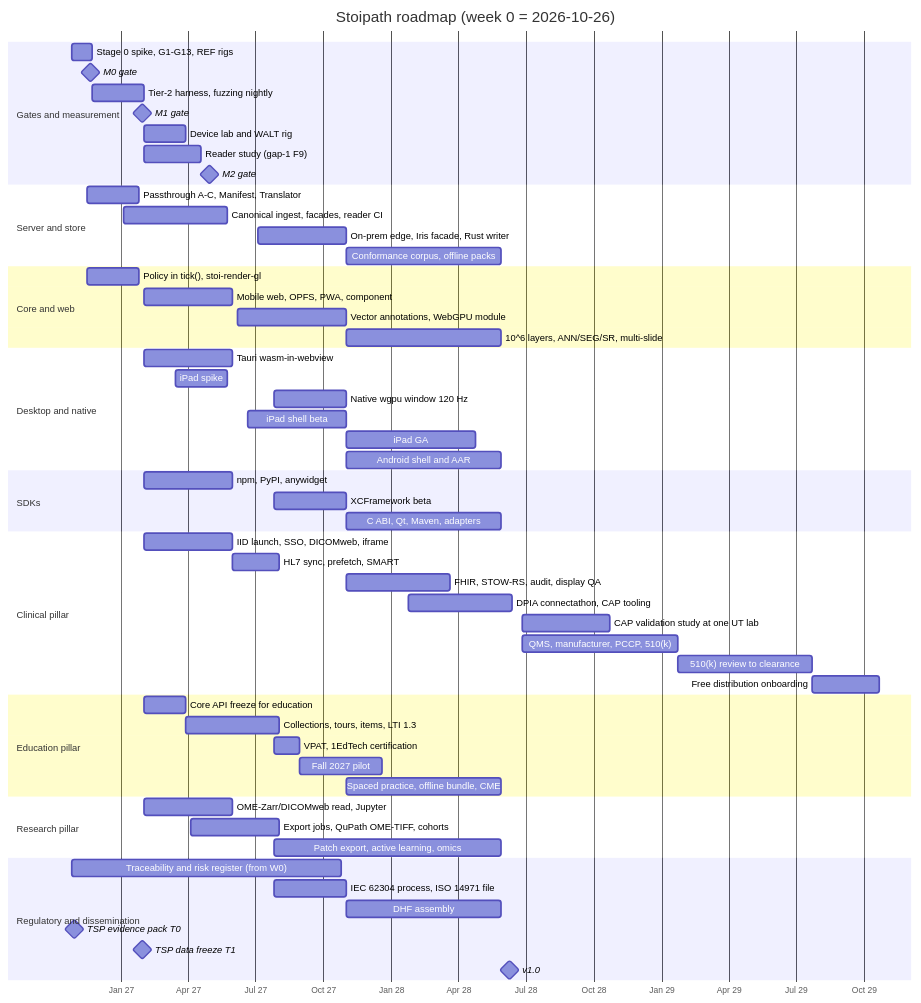
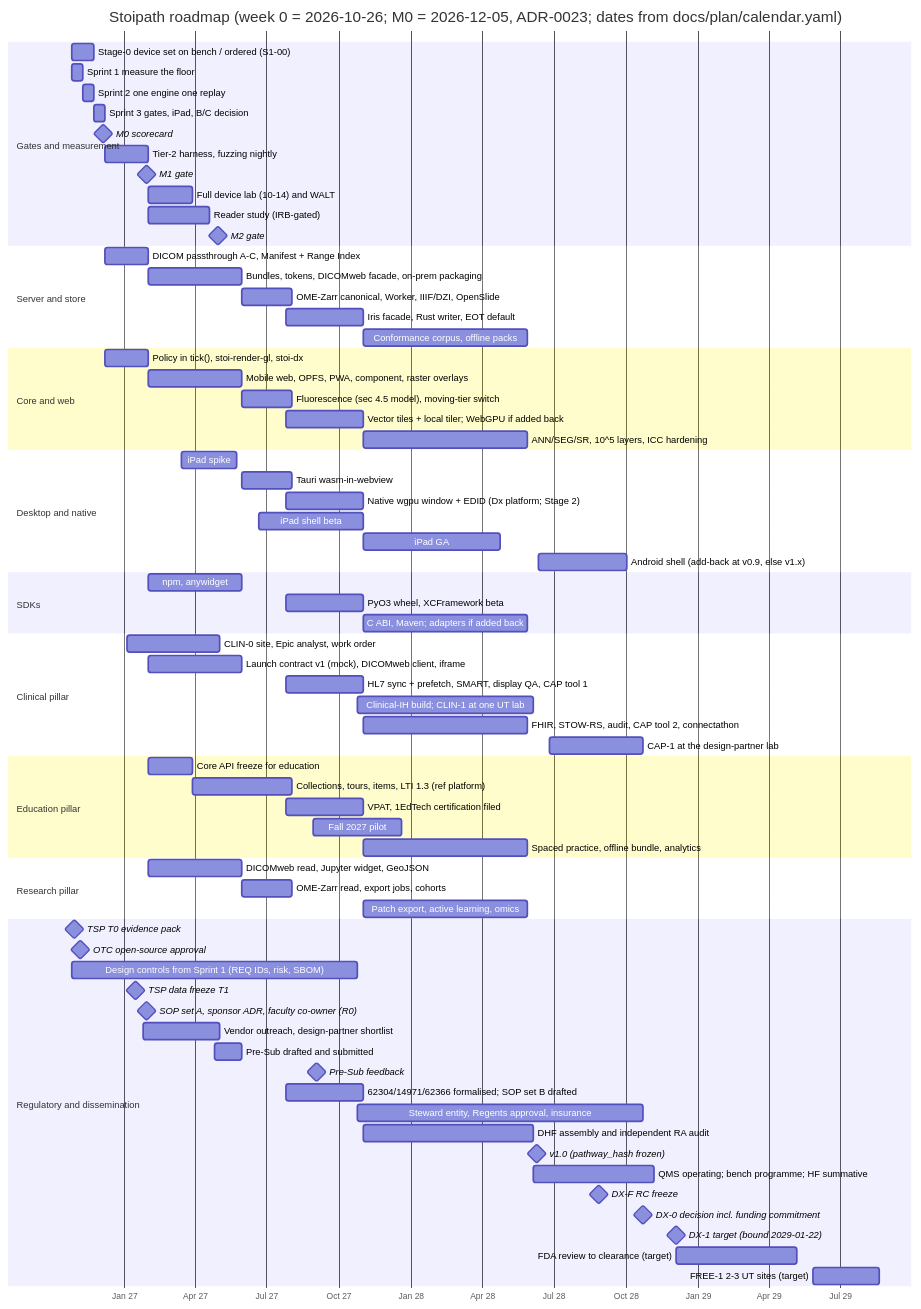
The first of 2 diagrams in wsi-viewer/docs/plan/07-roadmap-milestones.md (RPBatman/Stoipath), drawn with Mermaid before and after one commit. The commit also changed other lines of this file and 5 other files, not shown here.

````diff
--- a/wsi-viewer/docs/plan/07-roadmap-milestones.md
+++ b/wsi-viewer/docs/plan/07-roadmap-milestones.md
@@ -98,61 +133,76 @@
 ```mermaid
 gantt
-  title Stoipath roadmap (week 0 = 2026-10-26)
+  title Stoipath roadmap (week 0 = 2026-10-26; M0 = 2026-12-05, ADR-0023; dates from docs/plan/calendar.yaml)
   dateFormat YYYY-MM-DD
   axisFormat %b %y
   section Gates and measurement
-  Stage 0 spike, G1-G13, REF rigs        :s0, 2026-10-26, 4w
-  M0 gate                                 :milestone, m0, 2026-11-20, 0d
-  Tier-2 harness, fuzzing nightly         :t2, 2026-11-23, 10w
-  M1 gate                                 :milestone, m1, 2027-01-29, 0d
-  Device lab and WALT rig                 :lab, 2027-02-01, 8w
-  Reader study (gap-1 F9)                 :rs, 2027-02-01, 11w
-  M2 gate                                 :milestone, m2, 2027-04-30, 0d
+  Stage-0 device set on bench / ordered (S1-00)      :s00, 2026-10-26, 4w
+  Sprint 1 measure the floor                         :s1, 2026-10-26, 2w
+  Sprint 2 one engine one replay                     :s2, 2026-11-09, 2w
+  Sprint 3 gates, iPad, B/C decision                 :s3, 2026-11-23, 2w
+  M0 scorecard                                       :milestone, m0, 2026-12-05, 0d
+  Tier-2 harness, fuzzing nightly                    :t2, 2026-12-07, 8w
+  M1 gate                                            :milestone, m1, 2027-01-29, 0d
+  Full device lab (10-14) and WALT                   :lab, 2027-02-01, 8w
+  Reader study (IRB-gated)                           :rs, 2027-02-01, 11w
+  M2 gate                                            :milestone, m2, 2027-04-30, 0d
   section Server and store
-  Passthrough A-C, Manifest, Translator   :srv1, 2026-11-16, 10w
-  Canonical ingest, facades, reader CI    :srv2, 2027-01-04, 20w
-  On-prem edge, Iris facade, Rust writer  :srv3, 2027-07-05, 17w
-  Conformance corpus, offline packs       :srv4, 2027-11-01, 30w
+  DICOM passthrough A-C, Manifest + Range Index      :srv1, 2026-12-07, 8w
+  Bundles, tokens, DICOMweb facade, on-prem packaging:srv2, 2027-02-01, 17w
+  OME-Zarr canonical, Worker, IIIF/DZI, OpenSlide    :srv3, 2027-05-31, 9w
+  Iris facade, Rust writer, EOT default              :srv4, 2027-07-26, 14w
+  Conformance corpus, offline packs                  :srv5, 2027-11-01, 30w
   section Core and web
-  Policy in tick(), stoi-render-gl        :core1, 2026-11-16, 10w
-  Mobile web, OPFS, PWA, component        :core2, 2027-02-01, 17w
-  Vector annotations, WebGPU module       :core3, 2027-06-07, 21w
-  10^6 layers, ANN/SEG/SR, multi-slide    :core4, 2027-11-01, 30w
+  Policy in tick(), stoi-render-gl, stoi-dx          :core1, 2026-12-07, 8w
+  Mobile web, OPFS, PWA, component, raster overlays  :core2, 2027-02-01, 17w
+  Fluorescence (sec 4.5 model), moving-tier switch   :core3, 2027-05-31, 9w
+  Vector tiles + local tiler; WebGPU if added back   :core4, 2027-07-26, 14w
+  ANN/SEG/SR, 10^5 layers, ICC hardening             :core5, 2027-11-01, 30w
   section Desktop and native
-  Tauri wasm-in-webview                   :dsk1, 2027-02-01, 17w
-  iPad spike                              :ipd0, 2027-03-15, 10w
-  Native wgpu window 120 Hz               :dsk2, 2027-07-26, 14w
-  iPad shell beta                         :ipd1, 2027-06-21, 19w
-  iPad GA                                 :ipd2, 2027-11-01, 25w
-  Android shell and AAR                   :and1, 2027-11-01, 30w
+  iPad spike                                         :ipd0, 2027-03-15, 10w
+  Tauri wasm-in-webview                              :dsk1, 2027-05-31, 9w
+  Native wgpu window + EDID (Dx platform; Stage 2)   :dsk2, 2027-07-26, 14w
+  iPad shell beta                                    :ipd1, 2027-06-21, 19w
+  iPad GA                                            :ipd2, 2027-11-01, 25w
+  Android shell (add-back at v0.9, else v1.x)        :and1, 2028-06-12, 16w
   section SDKs
-  npm, PyPI, anywidget                    :sdk1, 2027-02-01, 17w
-  XCFramework beta                        :sdk2, 2027-07-26, 14w
-  C ABI, Qt, Maven, adapters              :sdk3, 2027-11-01, 30w
+  npm, anywidget                                     :sdk1, 2027-02-01, 17w
+  PyO3 wheel, XCFramework beta                       :sdk2, 2027-07-26, 14w
+  C ABI, Maven; adapters if added back               :sdk3, 2027-11-01, 30w
   section Clinical pillar
-  IID launch, SSO, DICOMweb, iframe       :cl1, 2027-02-01, 17w
-  HL7 sync, prefetch, SMART               :cl2, 2027-05-31, 9w
-  FHIR, STOW-RS, audit, display QA        :cl3, 2027-11-01, 20w
-  DPIA connectathon, CAP tooling          :cl4, 2028-01-24, 20w
-  CAP validation study at one UT lab      :cl5, 2028-06-26, 17w
-  QMS, manufacturer, PCCP, 510(k)         :dx1, 2028-06-26, 30w
-  510(k) review to clearance              :dx2, 2029-01-22, 26w
-  Free distribution onboarding            :dx3, 2029-07-23, 13w
+  CLIN-0 site, Epic analyst, work order              :cl0, 2027-01-04, 17w
+  Launch contract v1 (mock), DICOMweb client, iframe :cl1, 2027-02-01, 17w
+  HL7 sync + prefetch, SMART, display QA, CAP tool 1 :cl2, 2027-07-26, 14w
+  Clinical-IH build; CLIN-1 at one UT lab            :cl3, 2027-10-25, 32w
+  FHIR, STOW-RS, audit, CAP tool 2, connectathon     :cl4, 2027-11-01, 30w
+  CAP-1 at the design-partner lab                    :cl5, 2028-06-26, 17w
   section Education pillar
-  Core API freeze for education           :ed0, 2027-02-01, 8w
-  Collections, tours, items, LTI 1.3      :ed1, 2027-03-29, 18w
-  VPAT, 1EdTech certification             :ed2, 2027-07-26, 5w
-  Fall 2027 pilot                         :ed3, 2027-08-30, 16w
-  Spaced practice, offline bundle, CME    :ed4, 2027-11-01, 30w
+  Core API freeze for education                      :ed0, 2027-02-01, 8w
+  Collections, tours, items, LTI 1.3 (ref platform)  :ed1, 2027-03-29, 18w
+  VPAT, 1EdTech certification filed                  :ed2, 2027-07-26, 14w
+  Fall 2027 pilot                                    :ed3, 2027-08-30, 16w
+  Spaced practice, offline bundle, analytics         :ed4, 2027-11-01, 30w
   section Research pillar
-  OME-Zarr/DICOMweb read, Jupyter         :re1, 2027-02-01, 17w
-  Export jobs, QuPath OME-TIFF, cohorts   :re2, 2027-04-05, 17w
-  Patch export, active learning, omics    :re3, 2027-07-26, 44w
+  DICOMweb read, Jupyter widget, GeoJSON             :re1, 2027-02-01, 17w
+  OME-Zarr read, export jobs, cohorts                :re2, 2027-05-31, 9w
+  Patch export, active learning, omics               :re3, 2027-11-01, 30w
   section Regulatory and dissemination
-  Traceability and risk register (from W0):rg0, 2026-10-26, 52w
-  IEC 62304 process, ISO 14971 file       :rg1, 2027-07-26, 14w
-  DHF assembly                            :rg2, 2027-11-01, 30w
-  TSP evidence pack T0                    :milestone, t0, 2026-10-29, 0d
-  TSP data freeze T1                      :milestone, t1, 2027-01-29, 0d
-  v1.0                                    :milestone, v1, 2028-06-09, 0d
+  TSP T0 evidence pack                               :milestone, t0, 2026-10-29, 0d
+  OTC open-source approval                           :milestone, otc, 2026-11-06, 0d
+  Design controls from Sprint 1 (REQ IDs, risk, SBOM):rg0, 2026-10-26, 52w
+  TSP data freeze T1                                 :milestone, t1, 2027-01-15, 0d
+  SOP set A, sponsor ADR, faculty co-owner (R0)      :milestone, rg1, 2027-01-29, 0d
+  Vendor outreach, design-partner shortlist          :rg2, 2027-01-25, 14w
+  Pre-Sub drafted and submitted                      :rg3, 2027-04-26, 5w
+  Pre-Sub feedback                                   :milestone, rg4, 2027-09-03, 0d
+  62304/14971/62366 formalised; SOP set B drafted    :rg5, 2027-07-26, 14w
+  Steward entity, Regents approval, insurance        :rg6, 2027-10-25, 52w
+  DHF assembly and independent RA audit              :rg7, 2027-11-01, 31w
+  v1.0 (pathway_hash frozen)                         :milestone, v1, 2028-06-09, 0d
+  QMS operating; bench programme; HF summative       :rg8, 2028-06-05, 22w
+  DX-F RC freeze                                     :milestone, dxf, 2028-08-28, 0d
+  DX-0 decision incl. funding commitment             :milestone, dx0, 2028-10-23, 0d
+  DX-1 target (bound 2029-01-22)                     :milestone, dx1, 2028-12-04, 0d
+  FDA review to clearance (target)                   :dx2, 2028-12-04, 22w
+  FREE-1 2-3 UT sites (target)                       :dx3, 2029-05-28, 12w
 ```
````
